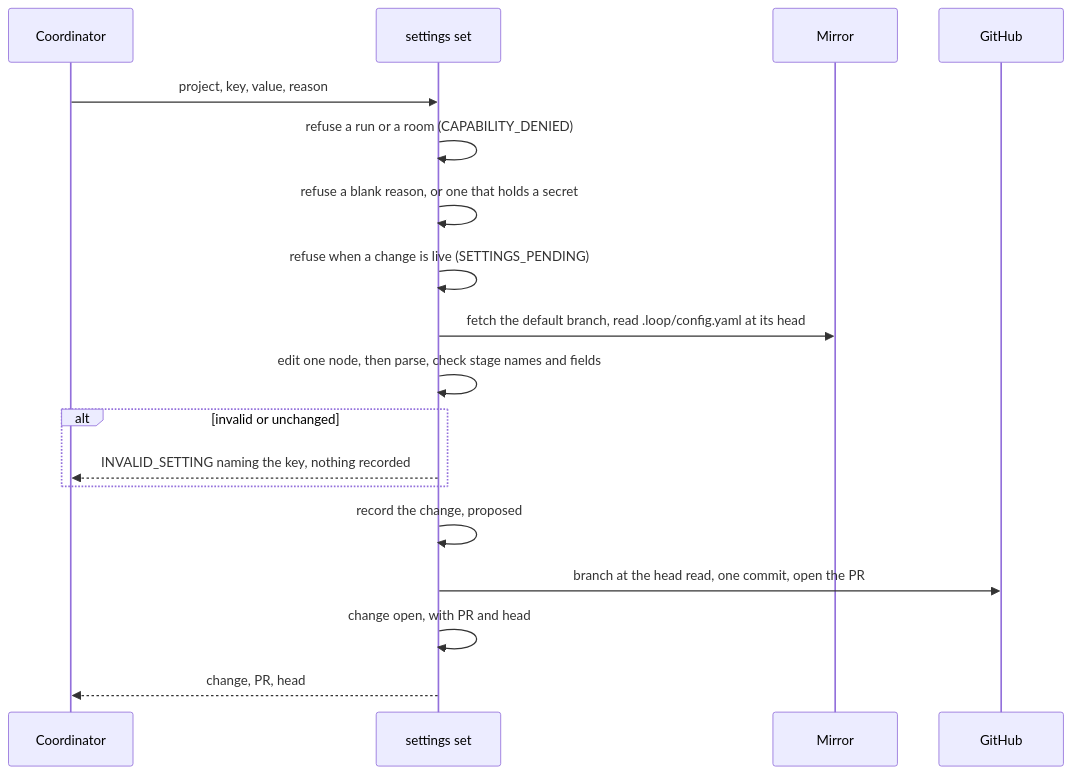
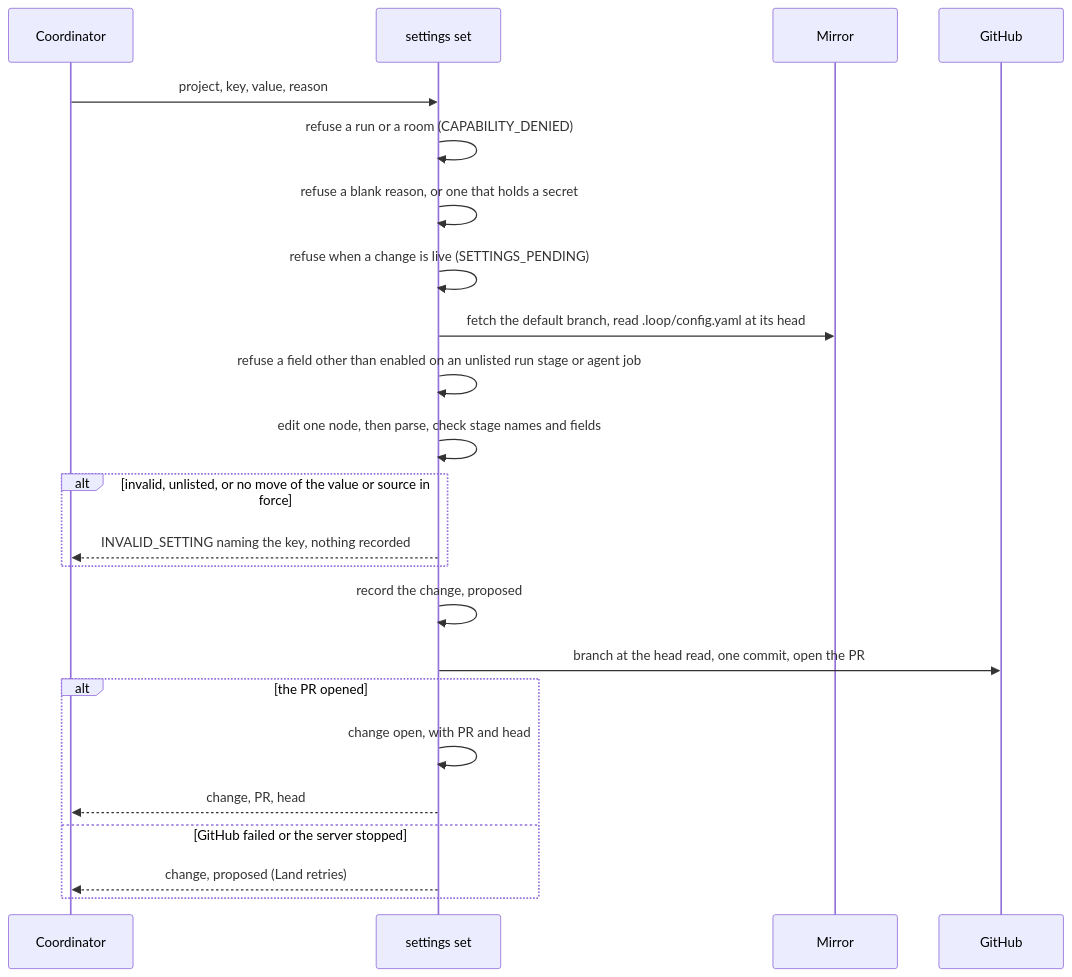
Before and after one commit to iantanwx/factory: the first of 5 diagrams in docs/plans/factorio-j4x-project-scoped-settings-spec.md, drawn with Mermaid. The commit also changed other lines of this file, not shown here.

First line of the commit message:
docs(spec): bound settings changes and unlisted stages

````diff
--- a/docs/plans/factorio-j4x-project-scoped-settings-spec.md
+++ b/docs/plans/factorio-j4x-project-scoped-settings-spec.md
@@ -611,20 +700,25 @@
 ```mermaid
 sequenceDiagram
     participant C as Coordinator
     participant V as settings set
     participant M as Mirror
     participant GH as GitHub
     C->>V: project, key, value, reason
     V->>V: refuse a run or a room (CAPABILITY_DENIED)
     V->>V: refuse a blank reason, or one that holds a secret
     V->>V: refuse when a change is live (SETTINGS_PENDING)
     V->>M: fetch the default branch, read .loop/config.yaml at its head
+    V->>V: refuse a field other than enabled on an unlisted run stage or agent job
     V->>V: edit one node, then parse, check stage names and fields
-    alt invalid or unchanged
+    alt invalid, unlisted, or no move of the value or source in force
         V-->>C: INVALID_SETTING naming the key, nothing recorded
     end
     V->>V: record the change, proposed
     V->>GH: branch at the head read, one commit, open the PR
-    V->>V: change open, with PR and head
-    V-->>C: change, PR, head
+    alt the PR opened
+        V->>V: change open, with PR and head
+        V-->>C: change, PR, head
+    else GitHub failed or the server stopped
+        V-->>C: change, proposed (Land retries)
+    end
 ```
````
